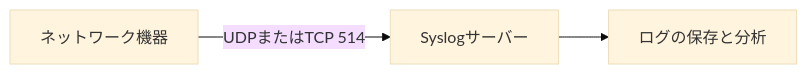
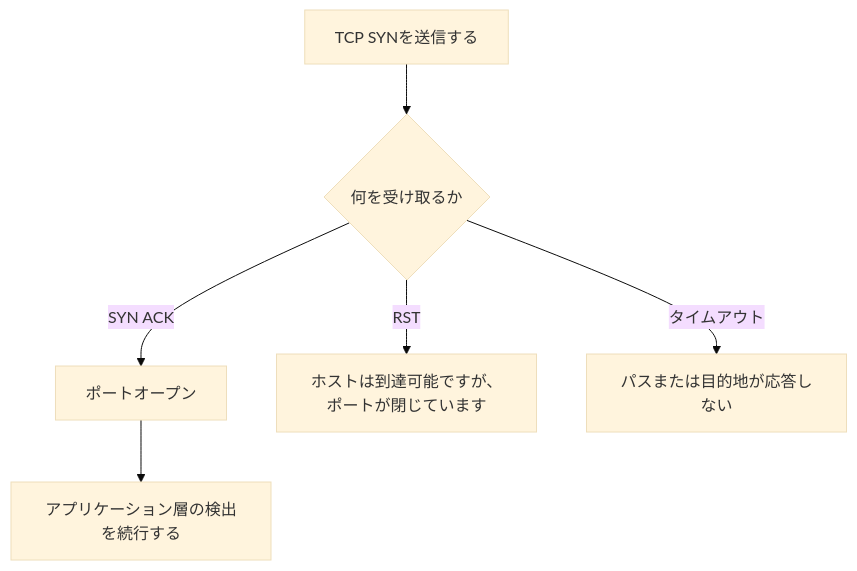
The diagram in slides/网络监控四层通信方式解析/日语版/05.md (seki999/DialogueFlow_GitHub_OnLine), drawn with Mermaid (base theme) before and after one commit. The commit also changed other lines of this file and 56 other files, not shown here.

````diff
--- a/slides/网络监控四层通信方式解析/日语版/05.md
+++ b/slides/网络监控四层通信方式解析/日语版/05.md
@@ -5,5 +5,8 @@
 ```mermaid
-flowchart LR
-    A[ネットワーク機器] -->|UDPまたはTCP 514| B[Syslogサーバー]
-    B --> C[ログの保存と分析]
+flowchart TD
+    A[TCP SYNを送信する] --> B{何を受け取るか}
+    B -->|SYN ACK| C[ポートオープン]
+    B -->|RST| D[ホストは到達可能ですが、ポートが閉じています]
+    B -->|タイムアウト| E[パスまたは目的地が応答しない]
+    C --> F[アプリケーション層の検出を続行する]
 ```
````
